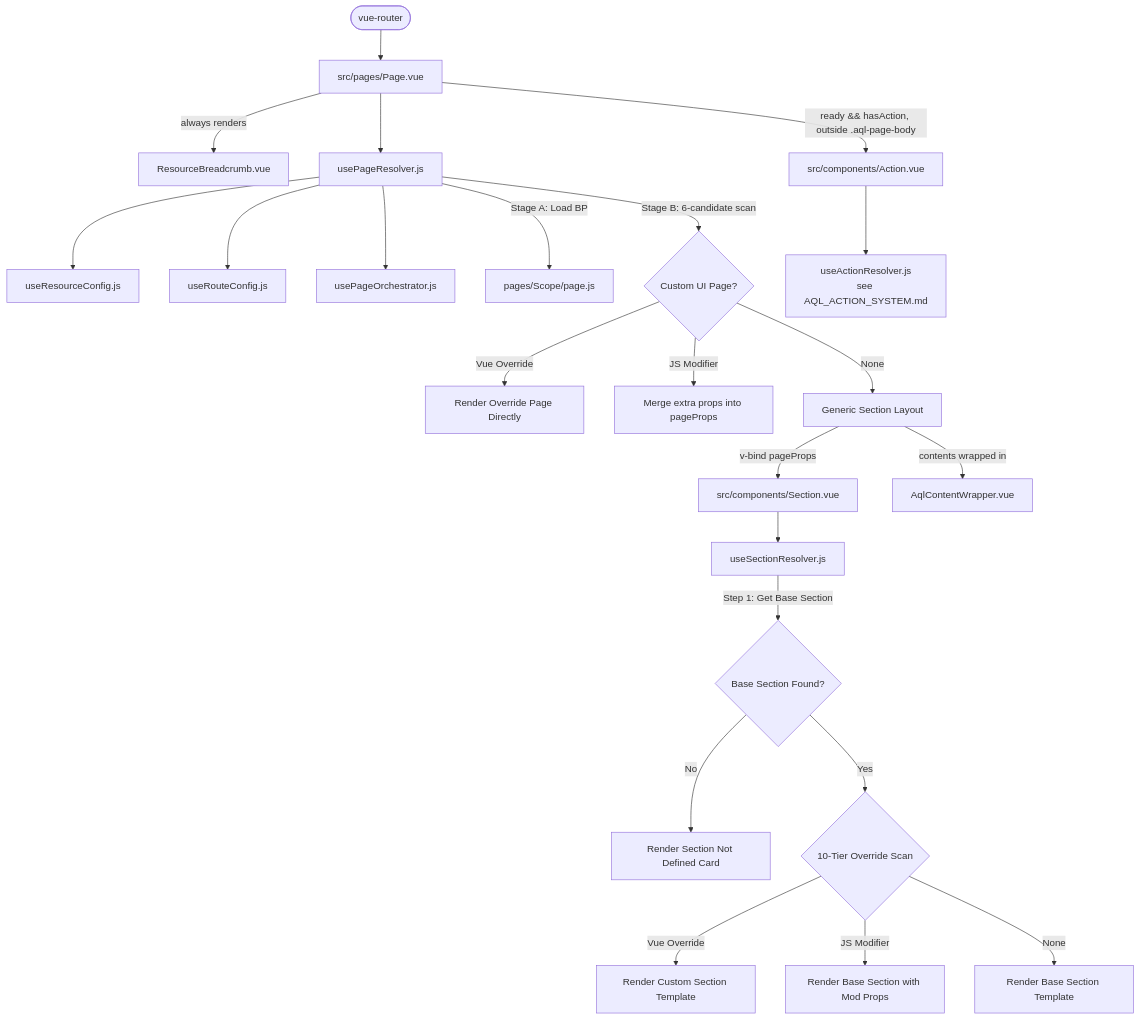
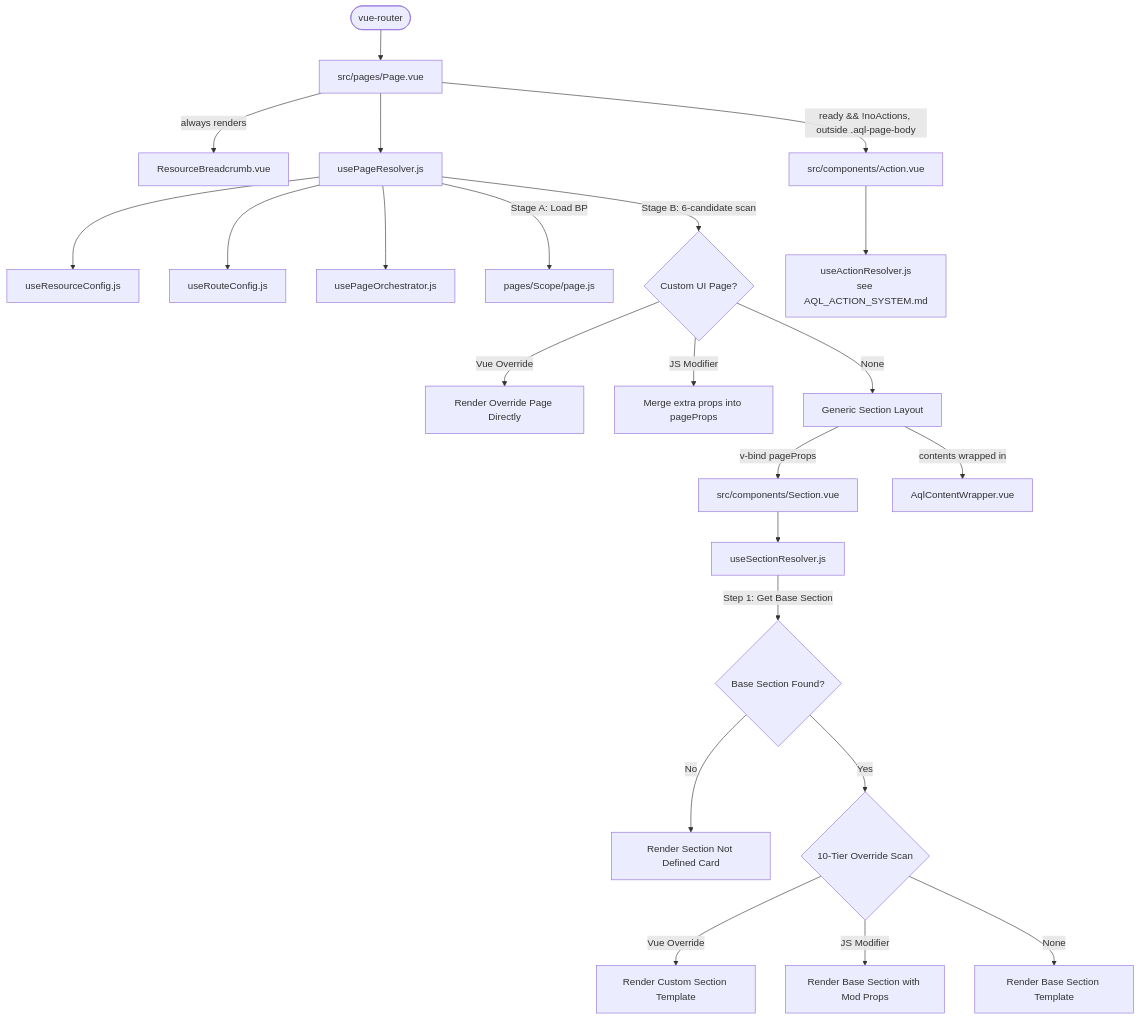
The diagram in Documents/AQL_PAGE_AND_SECTION_SYSTEM.md (firumon/little-leap-aql), drawn with Mermaid before and after one commit. The commit also changed other lines of this file and 10 other files, not shown here.

````diff
--- a/Documents/AQL_PAGE_AND_SECTION_SYSTEM.md
+++ b/Documents/AQL_PAGE_AND_SECTION_SYSTEM.md
@@ -26,29 +26,29 @@
 ```mermaid
 graph TD
     Router([vue-router]) --> PageVue[src/pages/Page.vue]
     PageVue --> |always renders| Breadcrumb[ResourceBreadcrumb.vue]
     PageVue --> usePageResolver[usePageResolver.js]
     usePageResolver --> useResourceConfig[useResourceConfig.js]
     usePageResolver --> useRouteConfig[useRouteConfig.js]
     usePageResolver --> usePageOrchestrator[usePageOrchestrator.js]
     usePageResolver --> |Stage A: Load BP| BaseContract[pages/Scope/page.js]
     usePageResolver --> |Stage B: 6-candidate scan| CustomUiPages{Custom UI Page?}
 
     CustomUiPages --> |Vue Override| CustomPage[Render Override Page Directly]
     CustomUiPages --> |JS Modifier| MergeProps[Merge extra props into pageProps]
     CustomUiPages --> |None| SectionLayout[Generic Section Layout]
 
     SectionLayout --> |v-bind pageProps| SectionVue[src/components/Section.vue]
     SectionLayout --> |contents wrapped in| AqlContentWrapper[AqlContentWrapper.vue]
-    PageVue --> |ready && hasAction, outside .aql-page-body| ActionVue[src/components/Action.vue]
+    PageVue --> |ready && !noActions, outside .aql-page-body| ActionVue[src/components/Action.vue]
     ActionVue --> useActionResolver[useActionResolver.js<br/>see AQL_ACTION_SYSTEM.md]
 
     SectionVue --> useSectionResolver[useSectionResolver.js]
     useSectionResolver --> |Step 1: Get Base Section| BaseSection{Base Section Found?}
     BaseSection --> |No| UndefinedCard[Render Section Not Defined Card]
     BaseSection --> |Yes| OverrideScan{10-Tier Override Scan}
 
     OverrideScan --> |Vue Override| CustomSection[Render Custom Section Template]
     OverrideScan --> |JS Modifier| RenderBaseWithJS[Render Base Section with Mod Props]
     OverrideScan --> |None| RenderBase[Render Base Section Template]
 ```
````
